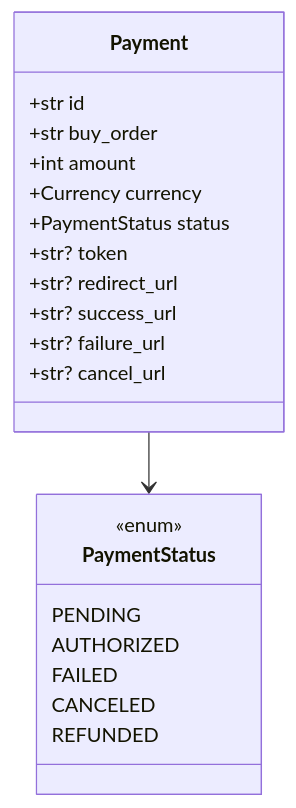
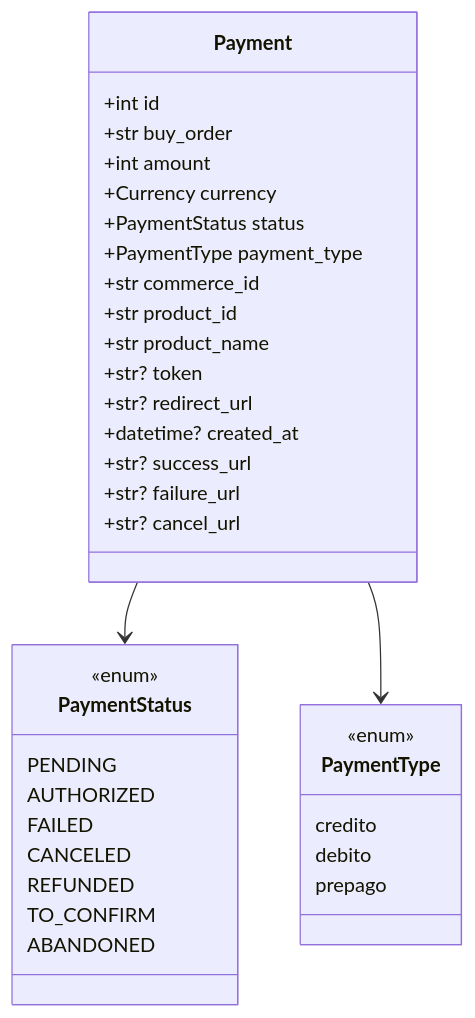
Before and after one commit to carlosSepher/ninja-payments-api: the second of 6 diagrams in README.md, drawn with Mermaid. The commit also changed other lines of this file and 16 other files, not shown here.

````diff
--- a/README.md
+++ b/README.md
@@ -152,24 +153,38 @@
 ```mermaid
 classDiagram
   class Payment {
-    +str id
+    +int id
     +str buy_order
     +int amount
     +Currency currency
     +PaymentStatus status
+    +PaymentType payment_type
+    +str commerce_id
+    +str product_id
+    +str product_name
     +str? token
     +str? redirect_url
+    +datetime? created_at
     +str? success_url
     +str? failure_url
     +str? cancel_url
   }
   class PaymentStatus {
     <<enum>>
     PENDING
     AUTHORIZED
     FAILED
     CANCELED
     REFUNDED
+    TO_CONFIRM
+    ABANDONED
+  }
+  class PaymentType {
+    <<enum>>
+    credito
+    debito
+    prepago
   }
   Payment --> PaymentStatus
+  Payment --> PaymentType
 ```
````
